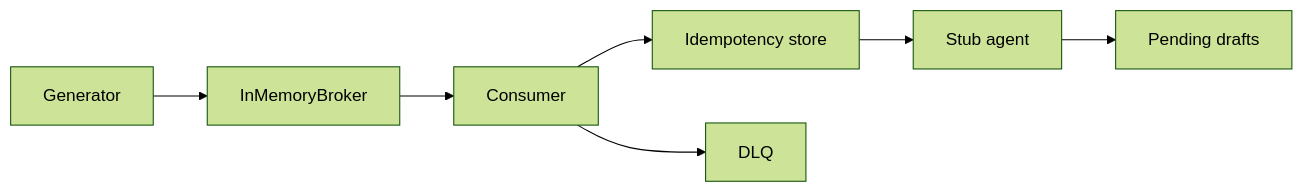
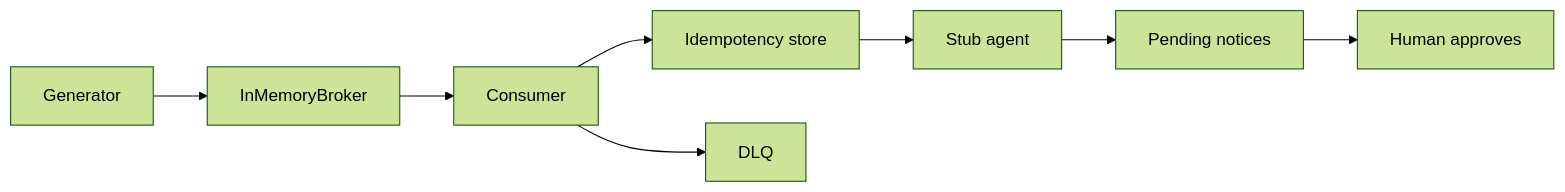
One commit to dlescanogithub/cdc-to-agent-events-lab changed the diagram in README.md. Above: the diagram before and after it, drawn with Mermaid (forest theme). The commit also changed other lines of this file and 5 other files, not shown here.

````diff
--- a/README.md
+++ b/README.md
@@ -31,9 +21,10 @@
 ```mermaid
 flowchart LR
   gen[Generator] --> broker[InMemoryBroker]
   broker --> consumer[Consumer]
   consumer --> store[Idempotency store]
   consumer --> dlq[DLQ]
   store --> agent[Stub agent]
-  agent --> drafts[Pending drafts]
+  agent --> drafts[Pending notices]
+  drafts --> human[Human approves]
 ```
````
